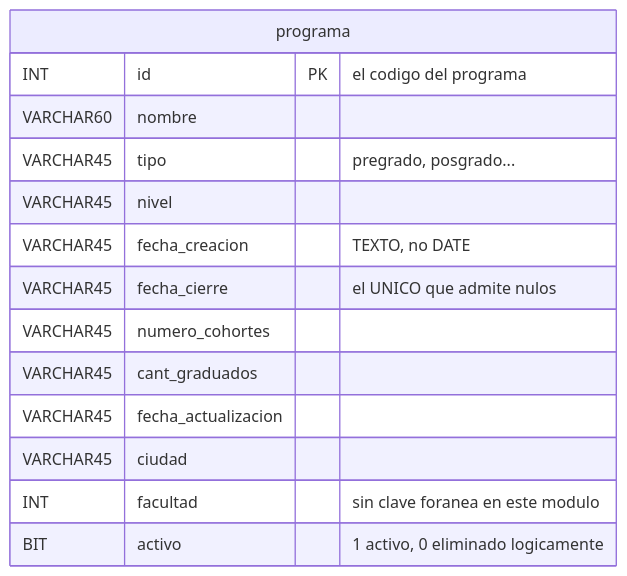
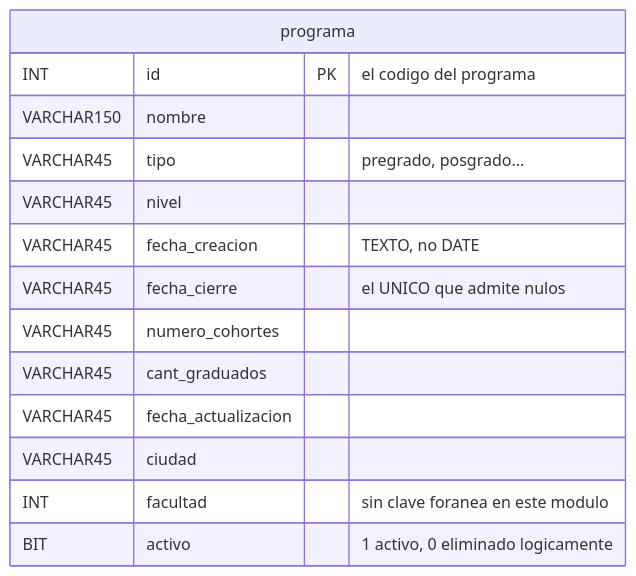
The diagram in docs/spec_kit/versiones/v1_programa/5_data_model.md (ccastro2050/proyecto_paradigmas_gestion_profesoral1), drawn with Mermaid before and after one commit. The commit also changed other lines of this file and 16 other files, not shown here.

````diff
--- a/docs/spec_kit/versiones/v1_programa/5_data_model.md
+++ b/docs/spec_kit/versiones/v1_programa/5_data_model.md
@@ -30,17 +30,17 @@
 ```mermaid
 erDiagram
     programa {
         INT id PK "el codigo del programa"
-        VARCHAR60 nombre
+        VARCHAR150 nombre
         VARCHAR45 tipo "pregrado, posgrado..."
         VARCHAR45 nivel
         VARCHAR45 fecha_creacion "TEXTO, no DATE"
         VARCHAR45 fecha_cierre "el UNICO que admite nulos"
         VARCHAR45 numero_cohortes
         VARCHAR45 cant_graduados
         VARCHAR45 fecha_actualizacion
         VARCHAR45 ciudad
         INT facultad "sin clave foranea en este modulo"
         BIT activo "1 activo, 0 eliminado logicamente"
     }
 ```
````
